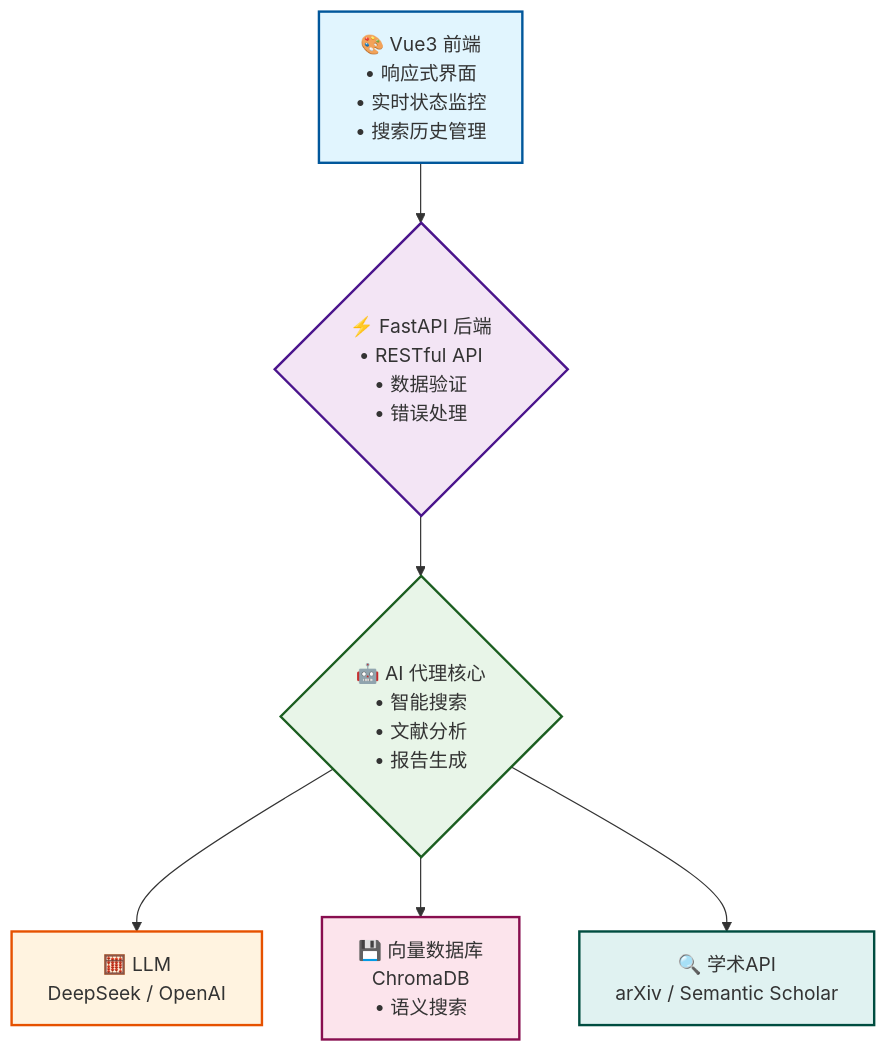
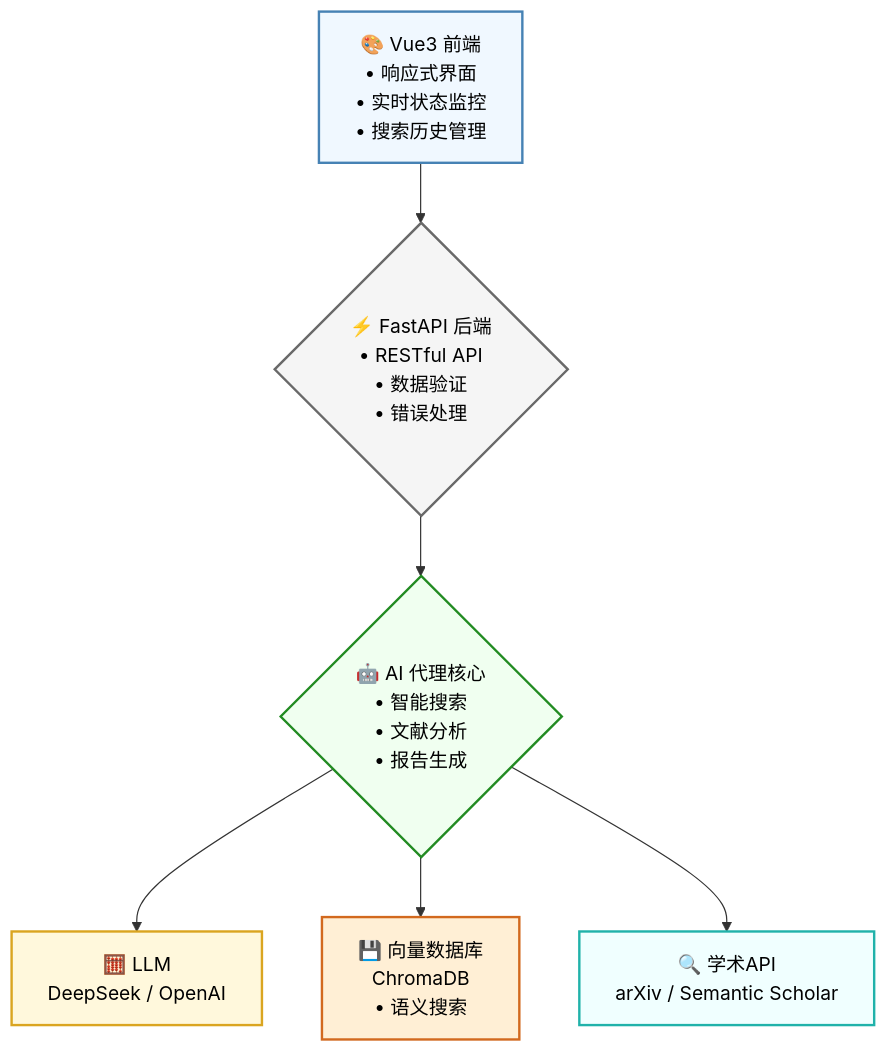
Before and after one commit to PrescottClub/AI-Agent-for-Automated-Literature-Review-Summarization: the diagram in README.md, drawn with Mermaid.

Commit message:
style: 调整系统架构图为浅色主题，提高可读性

````diff
--- a/README.md
+++ b/README.md
@@ -62,22 +62,22 @@
 ```mermaid
 graph TD
     A[🎨 Vue3 前端<br/>• 响应式界面<br/>• 实时状态监控<br/>• 搜索历史管理]
     B{⚡ FastAPI 后端<br/>• RESTful API<br/>• 数据验证<br/>• 错误处理}
     C{🤖 AI 代理核心<br/>• 智能搜索<br/>• 文献分析<br/>• 报告生成}
     D[🧮 LLM<br/>DeepSeek / OpenAI]
     E[💾 向量数据库<br/>ChromaDB<br/>• 语义搜索]
     F[🔍 学术API<br/>arXiv / Semantic Scholar]
 
     A --> B
     B --> C
     C --> D
     C --> E
     C --> F
 
-    style A fill:#e1f5fe,stroke:#01579b,stroke-width:2px
-    style B fill:#f3e5f5,stroke:#4a148c,stroke-width:2px
-    style C fill:#e8f5e8,stroke:#1b5e20,stroke-width:2px
-    style D fill:#fff3e0,stroke:#e65100,stroke-width:2px
-    style E fill:#fce4ec,stroke:#880e4f,stroke-width:2px
-    style F fill:#e0f2f1,stroke:#004d40,stroke-width:2px
+    style A fill:#f0f8ff,stroke:#4682b4,stroke-width:2px,color:#000000
+    style B fill:#f5f5f5,stroke:#696969,stroke-width:2px,color:#000000
+    style C fill:#f0fff0,stroke:#228b22,stroke-width:2px,color:#000000
+    style D fill:#fff8dc,stroke:#daa520,stroke-width:2px,color:#000000
+    style E fill:#ffefd5,stroke:#d2691e,stroke-width:2px,color:#000000
+    style F fill:#f0ffff,stroke:#20b2aa,stroke-width:2px,color:#000000
 ```
````
